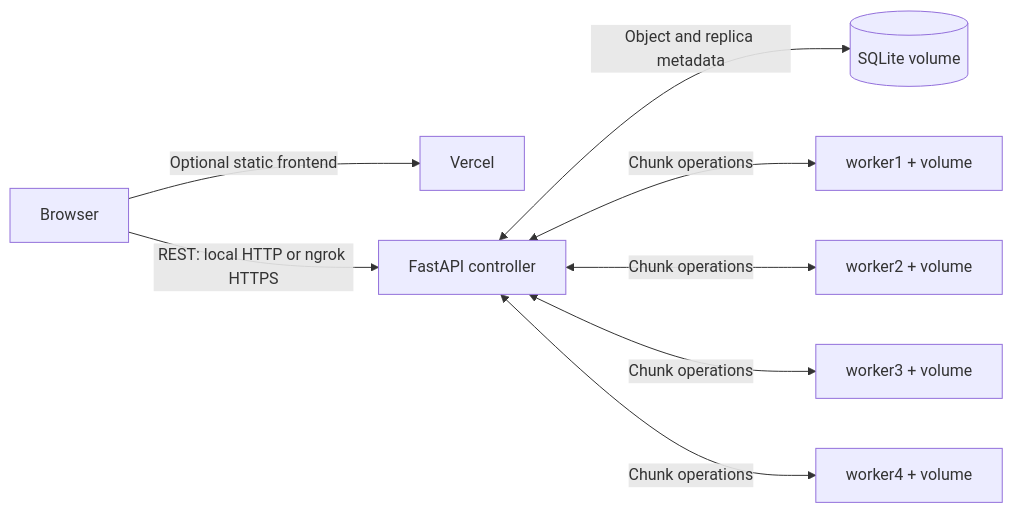
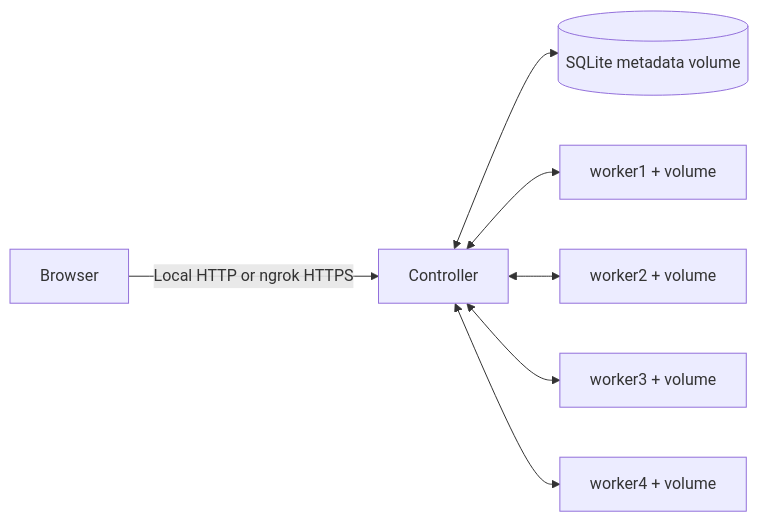
Before and after one commit to KiritoReborn/mini-object-store: the diagram in README.md, drawn with Mermaid. The commit also changed other lines of this file and 33 other files, not shown here.

````diff
--- a/README.md
+++ b/README.md
@@ -76,10 +143,9 @@
 ```mermaid
 flowchart LR
-    B[Browser] -->|Optional static frontend| V[Vercel]
-    B -->|REST: local HTTP or ngrok HTTPS| C[FastAPI controller]
-    C <-->|Object and replica metadata| D[(SQLite volume)]
-    C <-->|Chunk operations| W1[worker1 + volume]
-    C <-->|Chunk operations| W2[worker2 + volume]
-    C <-->|Chunk operations| W3[worker3 + volume]
-    C <-->|Chunk operations| W4[worker4 + volume]
+    B[Browser] -->|Local HTTP or ngrok HTTPS| C[Controller]
+    C <--> D[(SQLite metadata volume)]
+    C <--> W1[worker1 + volume]
+    C <--> W2[worker2 + volume]
+    C <--> W3[worker3 + volume]
+    C <--> W4[worker4 + volume]
 ```
````
